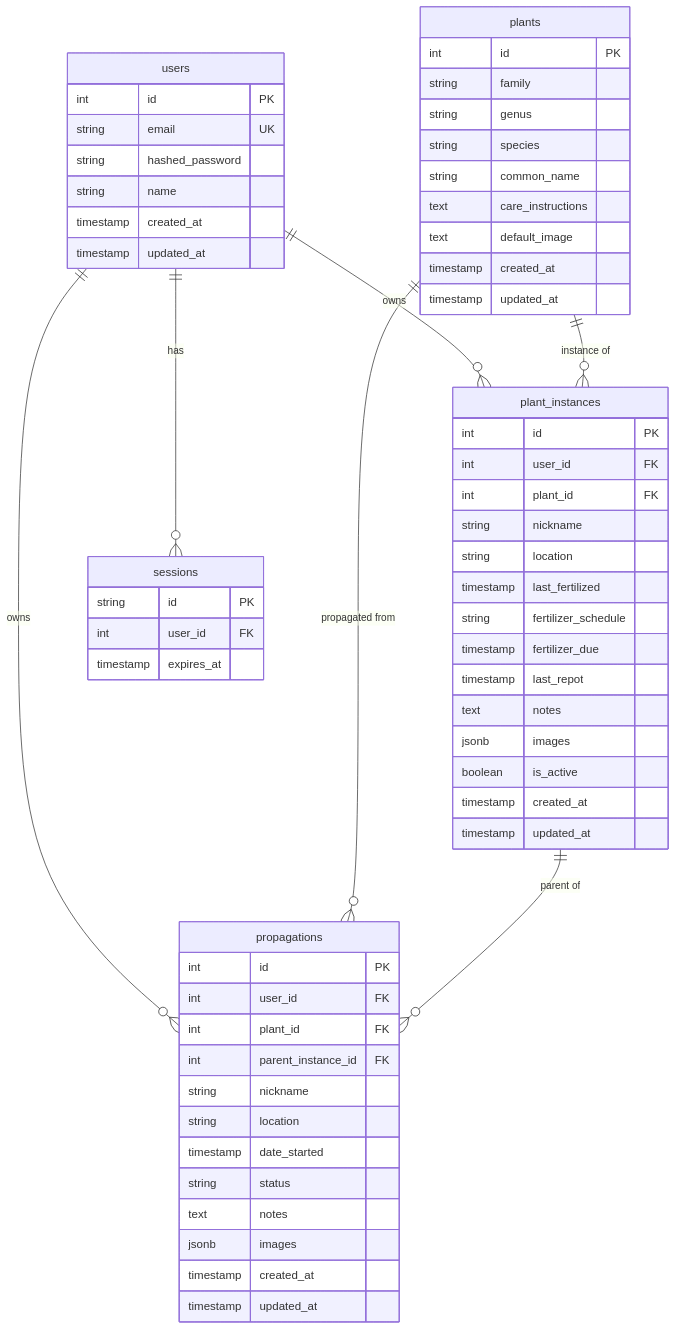
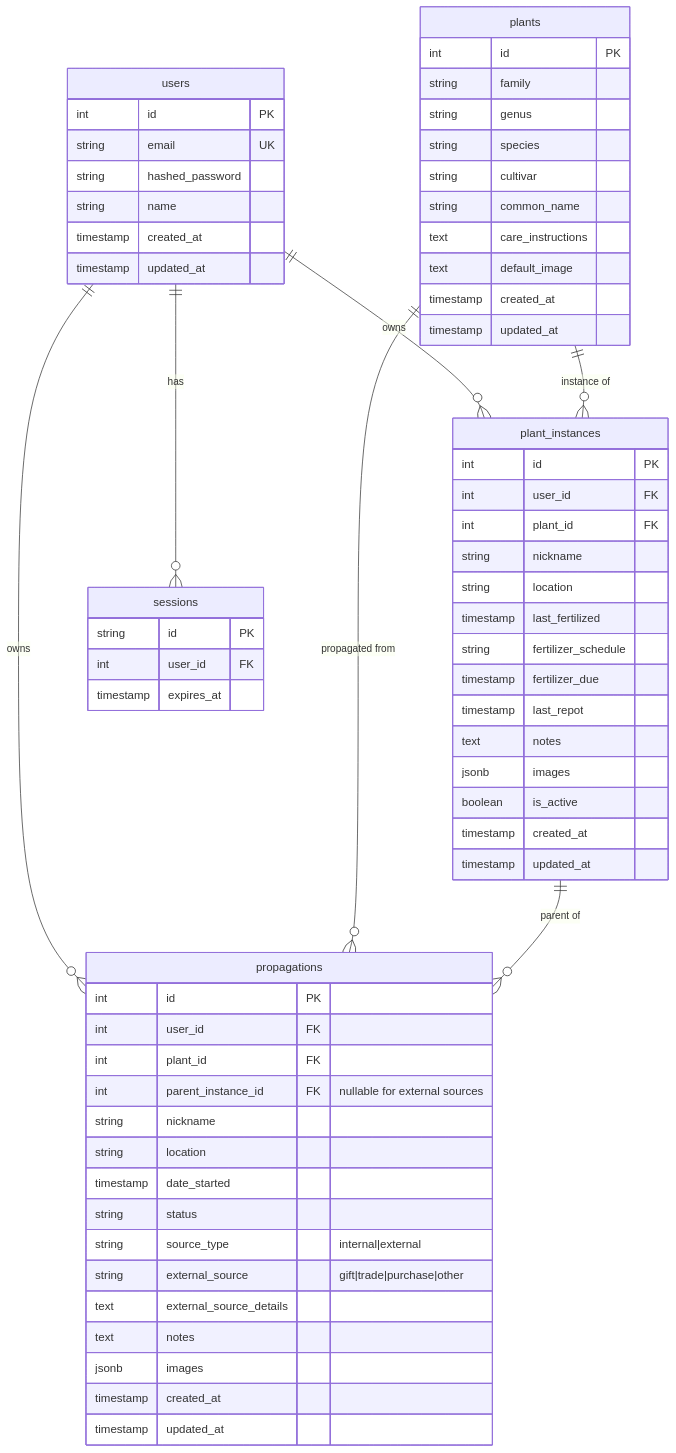
Before and after one commit to cloudagrapher/fancy-planties: the third of 7 diagrams in .kiro/specs/plant-tracker-app/design.md, drawn with Mermaid. The commit also changed other lines of this file and 30 other files, not shown here.

Commit message:
14.6 Ensure frontend components work with updated schema

````diff
--- a/.kiro/specs/plant-tracker-app/design.md
+++ b/.kiro/specs/plant-tracker-app/design.md
@@ -223,68 +244,72 @@
 ```mermaid
 erDiagram
     users ||--o{ plant_instances : owns
     users ||--o{ propagations : owns
     users ||--o{ sessions : has
     plants ||--o{ plant_instances : "instance of"
     plants ||--o{ propagations : "propagated from"
     plant_instances ||--o{ propagations : "parent of"
 
     users {
         int id PK
         string email UK
         string hashed_password
         string name
         timestamp created_at
         timestamp updated_at
     }
 
     plants {
         int id PK
         string family
         string genus
         string species
+        string cultivar
         string common_name
         text care_instructions
         text default_image
         timestamp created_at
         timestamp updated_at
     }
 
     plant_instances {
         int id PK
         int user_id FK
         int plant_id FK
         string nickname
         string location
         timestamp last_fertilized
         string fertilizer_schedule
         timestamp fertilizer_due
         timestamp last_repot
         text notes
         jsonb images
         boolean is_active
         timestamp created_at
         timestamp updated_at
     }
 
     propagations {
         int id PK
         int user_id FK
         int plant_id FK
-        int parent_instance_id FK
+        int parent_instance_id FK "nullable for external sources"
         string nickname
         string location
         timestamp date_started
         string status
+        string source_type "internal|external"
+        string external_source "gift|trade|purchase|other"
+        text external_source_details
         text notes
         jsonb images
         timestamp created_at
         timestamp updated_at
     }
 
     sessions {
         string id PK
         int user_id FK
         timestamp expires_at
     }
 ```
````
